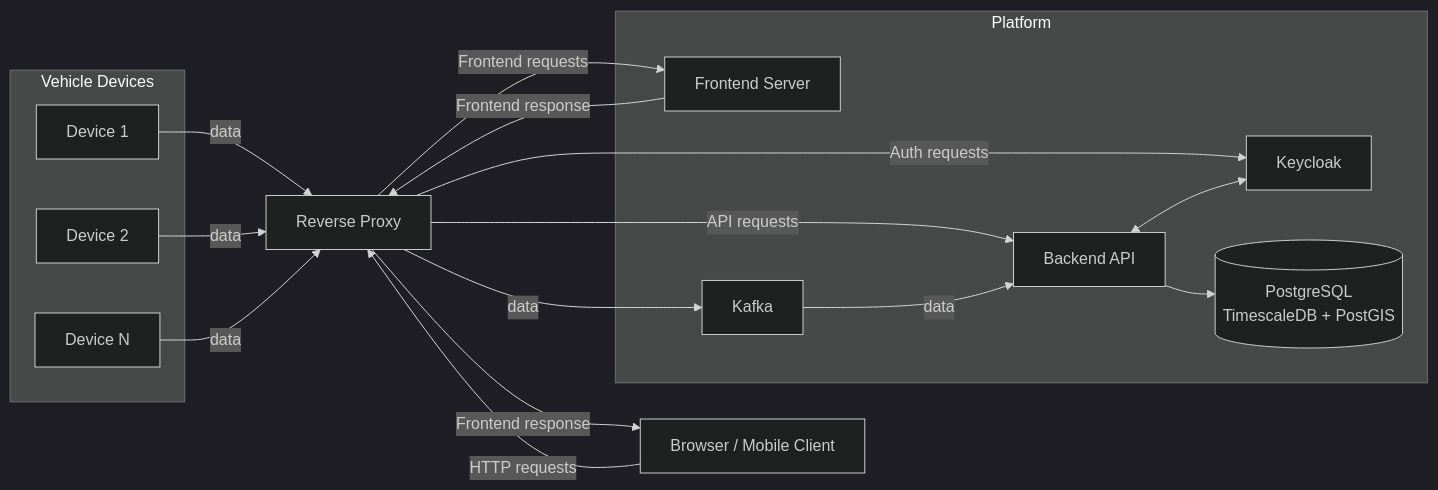
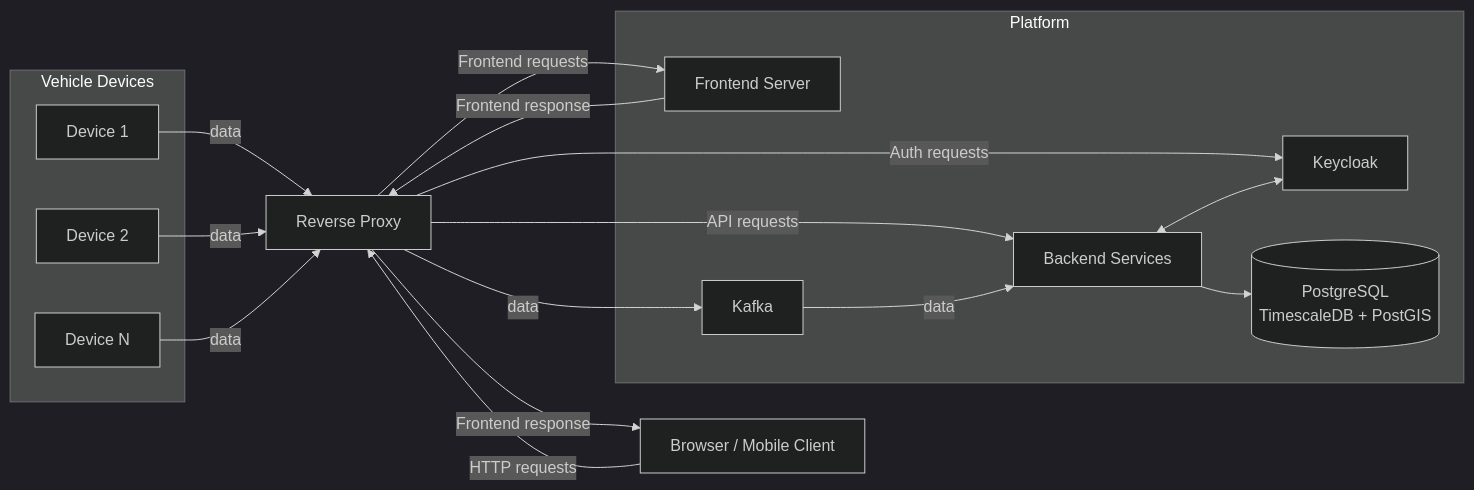
One commit to diogocerqueiralima/vehicle-tracker changed the diagram in README.MD. Above: the diagram before and after it, drawn with Mermaid (dark theme). The commit also changed other lines of this file, not shown here.

Commit message:
docs: clarify frontend text

````diff
--- a/README.MD
+++ b/README.MD
@@ -28,37 +28,37 @@
 ```mermaid
 flowchart LR
     subgraph Vehicle Devices
         D1[Device 1]
         D2[Device 2]
         DN[Device N]
     end
 
     APP[Browser / Mobile Client]
     RP[Reverse Proxy]
 
     subgraph Platform
         FE[Frontend Server]
-        API[Backend API]
+        API[Backend Services]
         IDP[Keycloak]
         K[Kafka]
         DB[(PostgreSQL<br/>TimescaleDB + PostGIS)]
     end
 
     D1 -->|data | RP
     D2 -->|data | RP
     DN -->|data | RP
 
     APP -->|HTTP requests | RP
 
     RP -->|Frontend requests | FE
     FE -->|Frontend response | RP
     RP -->|Frontend response | APP
 
     RP -->|API requests | API
     RP -->|Auth requests | IDP
     RP -->|data | K
 
     K -->|data | API
     API --> DB
     API <--> IDP
 ```
````
